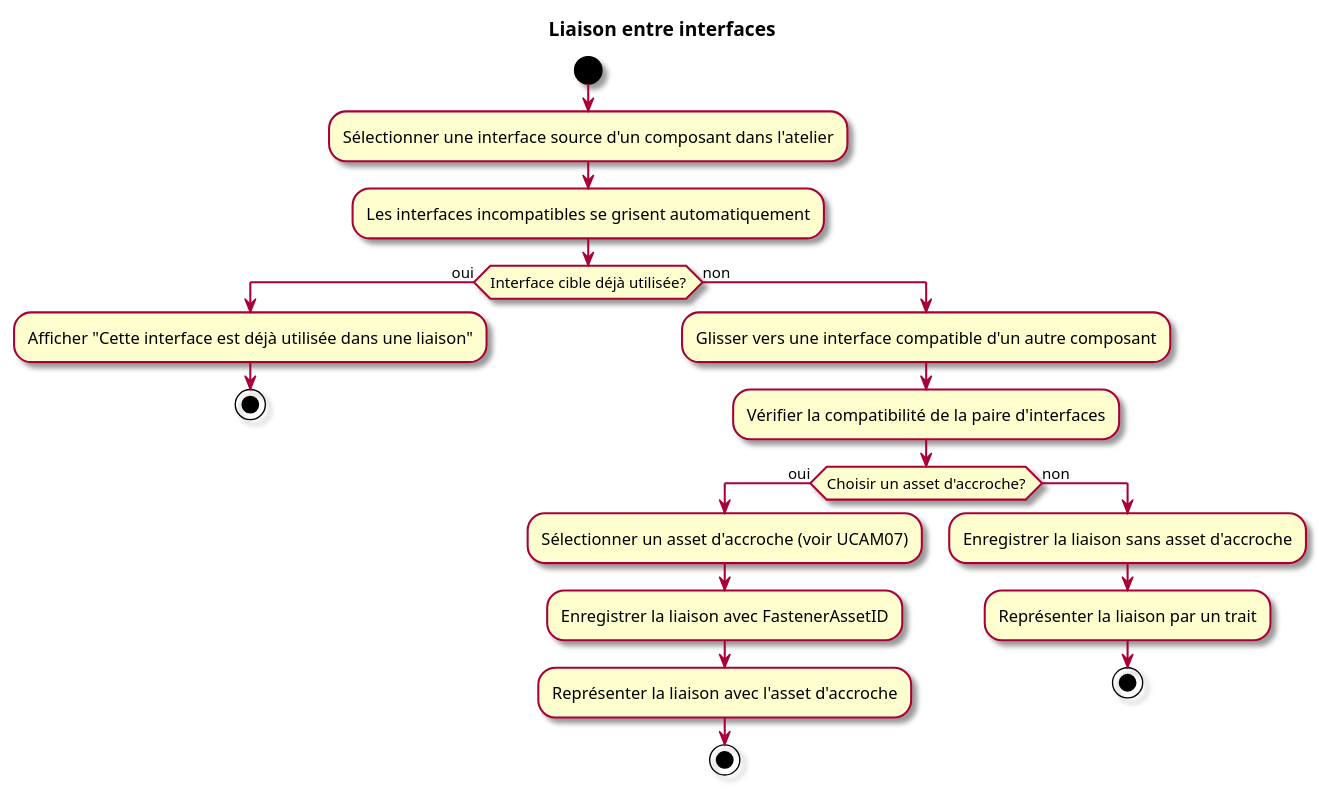
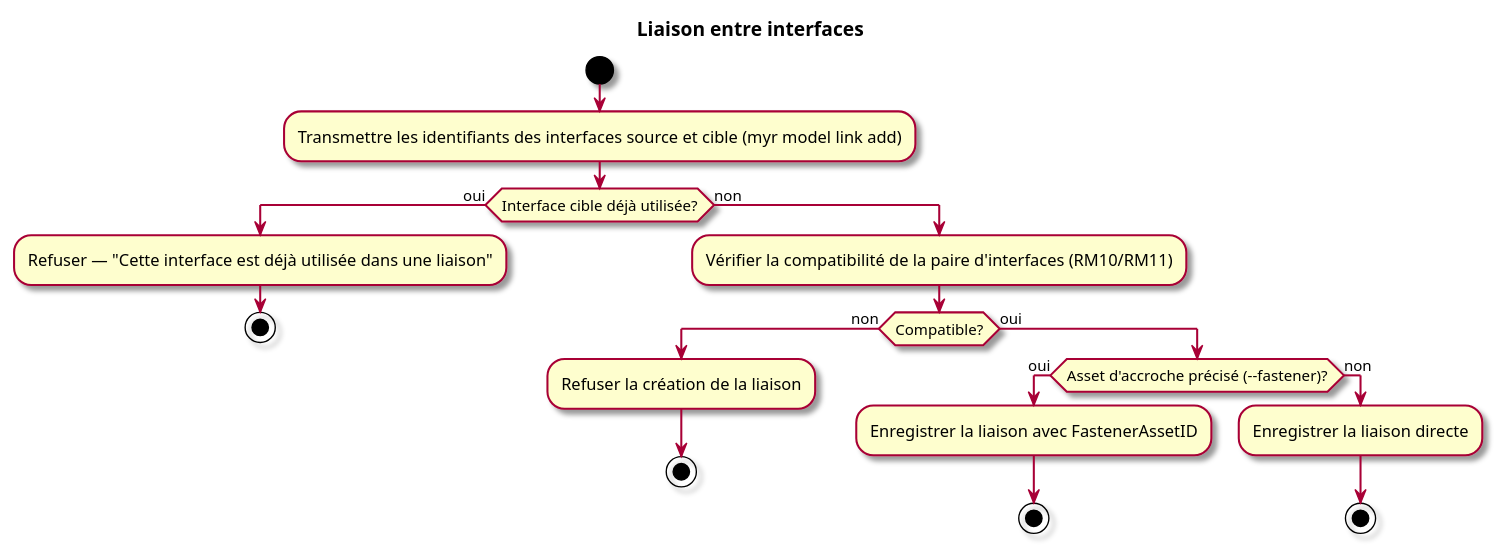
One commit to olivaux/myr changed the fourth of 4 diagrams in specs/1-Expression/UCAM-Atelier_Module/UCAM01.md. Above: the diagram before and after it, drawn with PlantUML. The commit also changed other lines of this file and 65 other files, not shown here.

````diff
--- a/specs/1-Expression/UCAM-Atelier_Module/UCAM01.md
+++ b/specs/1-Expression/UCAM-Atelier_Module/UCAM01.md
@@ -181,26 +174,26 @@
 ```plantuml
 @startuml
 skin rose
 title Liaison entre interfaces
 start
-:Sélectionner une interface source d'un composant dans l'atelier;
-:Les interfaces incompatibles se grisent automatiquement;
+:Transmettre les identifiants des interfaces source et cible (myr model link add);
 if (Interface cible déjà utilisée?) then (oui)
-  :Afficher "Cette interface est déjà utilisée dans une liaison";
+  :Refuser — "Cette interface est déjà utilisée dans une liaison";
   stop
 else (non)
-  :Glisser vers une interface compatible d'un autre composant;
-  :Vérifier la compatibilité de la paire d'interfaces;
-  if (Choisir un asset d'accroche?) then (oui)
-    :Sélectionner un asset d'accroche (voir UCAM07);
-    :Enregistrer la liaison avec FastenerAssetID;
-    :Représenter la liaison avec l'asset d'accroche;
+  :Vérifier la compatibilité de la paire d'interfaces (RM10/RM11);
+  if (Compatible?) then (non)
+    :Refuser la création de la liaison;
     stop
-  else (non)
-    :Enregistrer la liaison sans asset d'accroche;
-    :Représenter la liaison par un trait;
-    stop
+  else (oui)
+    if (Asset d'accroche précisé (--fastener)?) then (oui)
+      :Enregistrer la liaison avec FastenerAssetID;
+      stop
+    else (non)
+      :Enregistrer la liaison directe;
+      stop
+    endif
   endif
 endif
 @enduml
 ```
````
